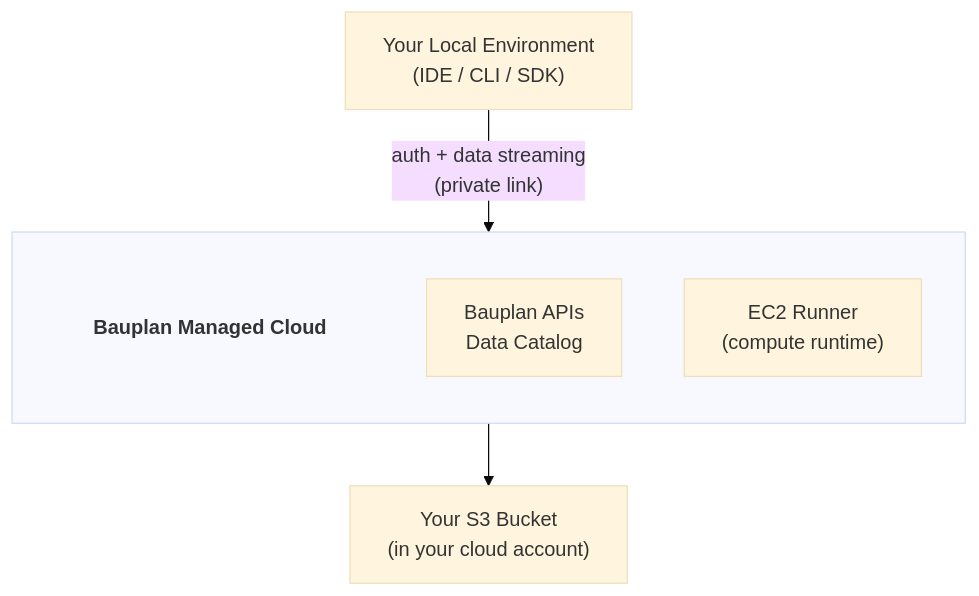
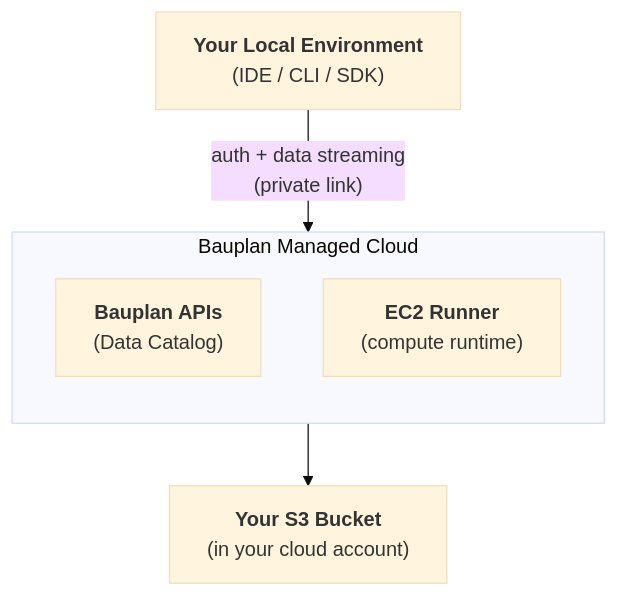
One commit to BauplanLabs/bauplan changed the first of 2 diagrams in docs/pages/overview/deployment.mdx. Above: the diagram before and after it, drawn with Mermaid (base theme). The commit also changed other lines of this file and 12 other files, not shown here.

First line of the commit message:
docs: give Mermaid diagrams one shared style

````diff
--- a/docs/pages/overview/deployment.mdx
+++ b/docs/pages/overview/deployment.mdx
@@ -15,18 +13,14 @@
 ```mermaid
 flowchart TB
-    A["Your Local Environment<br/>(IDE / CLI / SDK)"]
+    A["<b>Your Local Environment</b><br/>(IDE / CLI / SDK)"]
 
     A -->|"auth + data streaming<br/>(private link)"| B
 
-    subgraph B[" "]
+    subgraph B["Bauplan Managed Cloud"]
         direction TB
-        BTitle["<b>Bauplan Managed Cloud</b>"]
-        C["Bauplan APIs<br/>Data Catalog"]
-        D["EC2 Runner<br/>(compute runtime)"]
-
+        C["<b>Bauplan APIs</b><br/>(Data Catalog)"]:::accent
+        D["<b>EC2 Runner</b><br/>(compute runtime)"]:::accent
     end
 
-    B --> E["Your S3 Bucket<br/>(in your cloud account)"]
-
-    style BTitle fill:none,stroke:none
+    B --> E["<b>Your S3 Bucket</b><br/>(in your cloud account)"]:::external
 ```
````
